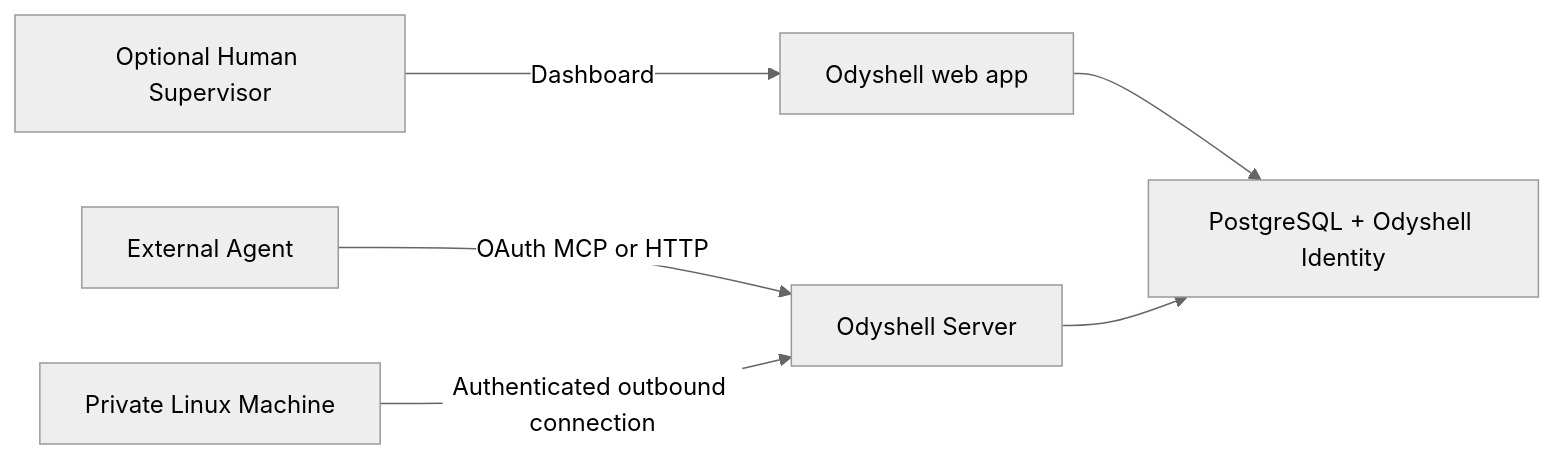
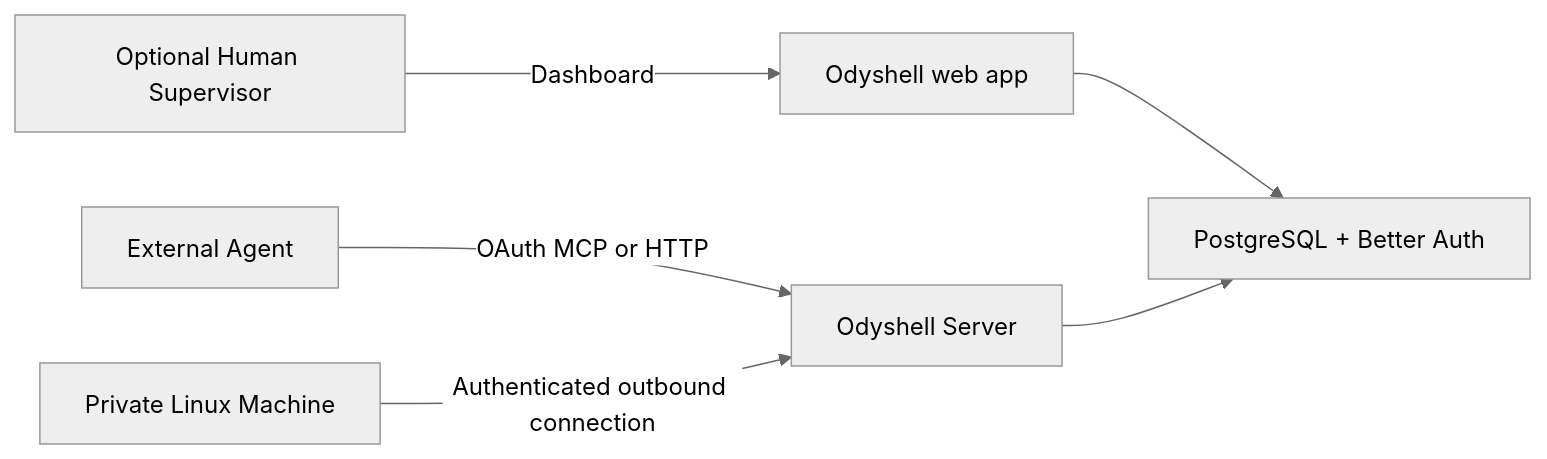
One commit to kapeka0/Odyshell changed the diagram in docs/self-hosting.md. Above: the diagram before and after it, drawn with Mermaid (neutral theme). The commit also changed other lines of this file and 24 other files, not shown here.

````diff
--- a/docs/self-hosting.md
+++ b/docs/self-hosting.md
@@ -7,8 +8,8 @@
 ```mermaid
 flowchart LR
   A["External Agent"] -->|"OAuth MCP or HTTP"| S["Odyshell Server"]
   H["Optional Human Supervisor"] -->|"Dashboard"| W["Odyshell web app"]
-  W --> P["PostgreSQL + Odyshell Identity"]
+  W --> P["PostgreSQL + Better Auth"]
   S --> P
   M["Private Linux Machine"] -->|"Authenticated outbound connection"| S
 ```
````
